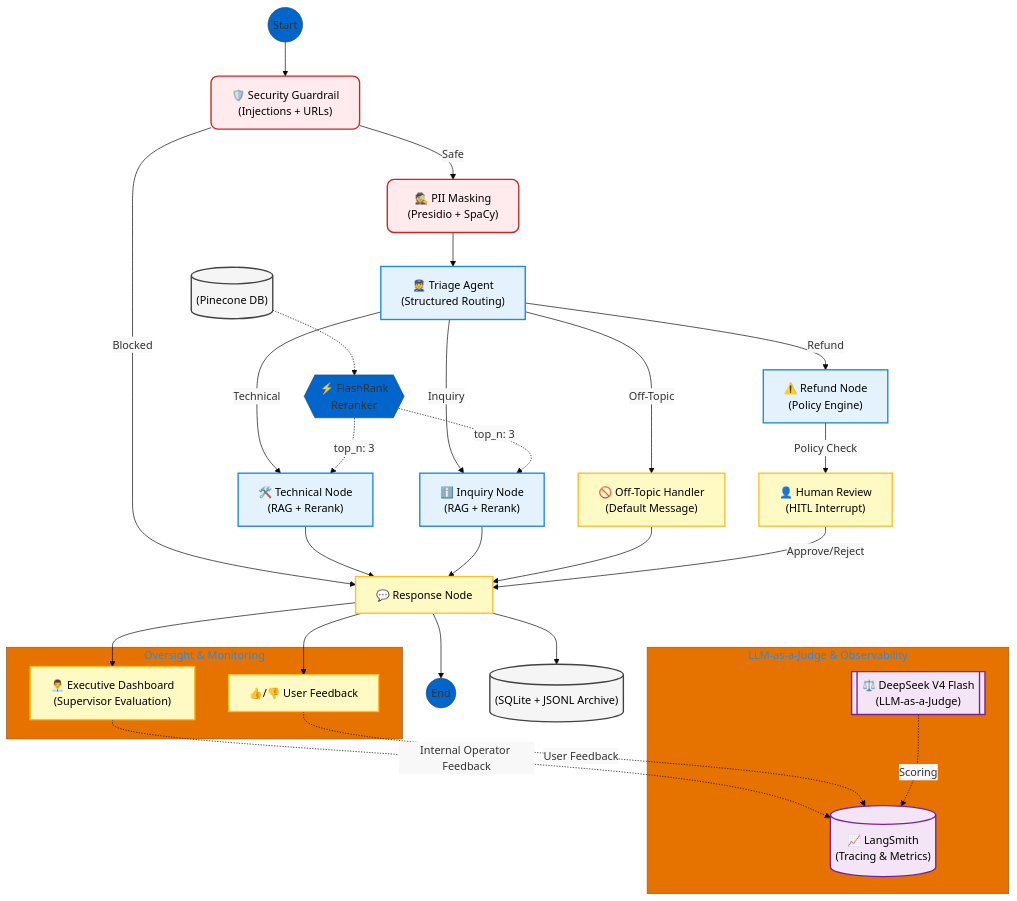
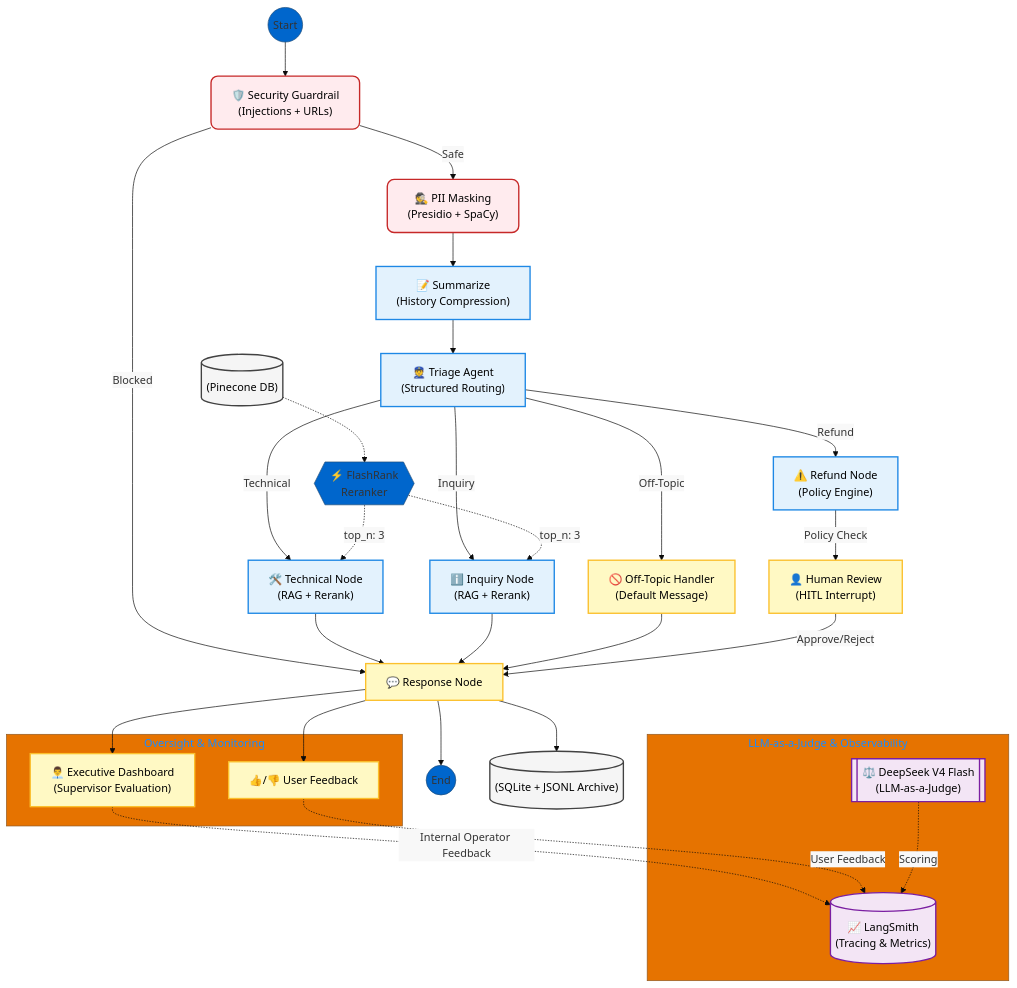
One commit to Ajeesh25353646/langchain-langraph-apps changed the diagram in Advanced_apps/SupportAI_Core/README.md. Above: the diagram before and after it, drawn with Mermaid. The commit also changed other lines of this file and 3 other files, not shown here.

First line of the commit message:
fix: wire guardrail node into graph (was registered but unreachable)

````diff
--- a/Advanced_apps/SupportAI_Core/README.md
+++ b/Advanced_apps/SupportAI_Core/README.md
@@ -74,78 +74,80 @@
 ```mermaid
 %%{init: {'theme': 'base', 'themeVariables': { 'primaryColor': '#0066CC', 'edgeLabelBackground':'#f8f8f8'}}}%%
 graph TD
     %% Nodes
     Start((Start))
     Guardrail["🛡️ Security Guardrail<br/>(Injections + URLs)"]:::security
     PII["🕵️ PII Masking<br/>(Presidio + SpaCy)"]:::security
+    Summarize["📝 Summarize<br/>(History Compression)"]:::agent
     Triage["👮 Triage Agent<br/>(Structured Routing)"]
     Tech["🛠️ Technical Node<br/>(RAG + Rerank)"]
     Inquiry["ℹ️ Inquiry Node<br/>(RAG + Rerank)"]
     Finance["⚠️ Refund Node<br/>(Policy Engine)"]
     OffTopic["🚫 Off-Topic Handler<br/>(Default Message)"]
     Human["👤 Human Review<br/>(HITL Interrupt)"]
     Respond["💬 Response Node"]
     End((End))
 
     %% Data Resources
     DB[("(Pinecone DB)")]
     RR{{"⚡ FlashRank<br/>Reranker"}}
     Logs[("(SQLite + JSONL Archive)")]
     
     %% Evaluation Loop
     subgraph Eval ["LLM-as-a-Judge & Observability"]
         Judge[["⚖️ DeepSeek V4 Flash<br/>(LLM-as-a-Judge)"]]
         LS[("📈 LangSmith<br/>(Tracing & Metrics)")]
     end
 
     %% Feedback Loop
     subgraph Loops ["Oversight & Monitoring"]
         UserFB["👍/👎 User Feedback"]
         ExecDash["👨‍💼 Executive Dashboard<br/>(Supervisor Evaluation)"]
     end
 
     %% Main Flow
     Start --> Guardrail
     Guardrail -- "Safe" --> PII
     Guardrail -- "Blocked" --> Respond
-    PII --> Triage
+    PII --> Summarize
+    Summarize --> Triage
     
     %% Specialist Routing
     Triage -- "Refund" --> Finance
     Triage -- "Technical" --> Tech
     Triage -- "Inquiry" --> Inquiry
     Triage -- "Off-Topic" --> OffTopic
     
     %% Advanced RAG Pipeline
     DB -.-> RR
     RR -.->|top_n: 3| Tech
     RR -.->|top_n: 3| Inquiry
     
     %% Transitions
     Tech --> Respond
     Inquiry --> Respond
     OffTopic --> Respond
     Finance -- "Policy Check" --> Human
     Human -- "Approve/Reject" --> Respond
     
     %% Persistence & Feedback
     Respond --> Logs
     Respond --> UserFB
     Respond --> ExecDash
     ExecDash -.->|Internal Operator Feedback| LS
     UserFB -.->|User Feedback| LS
     Judge -.->|Scoring| LS
     
     Respond --> End
 
     classDef agent fill:#e3f2fd,stroke:#1e88e5,stroke-width:2px,color:#000;
     classDef logic fill:#fff9c4,stroke:#fbc02d,stroke-width:2px,color:#000;
     classDef db fill:#f5f5f5,stroke:#424242,stroke-width:2px,color:#000;
     classDef eval fill:#f3e5f5,stroke:#7b1fa2,stroke-width:2px,color:#000;
     classDef security fill:#ffebee,stroke:#c62828,stroke-width:2px,color:#000,rx:10,ry:10;
     
     class Triage,Tech,Inquiry,Summarize,Finance agent;
     class Human,Respond,ExecDash,UserFB,OffTopic logic;
     class DB,Logs db;
     class Judge,LS eval;
 ```
````
